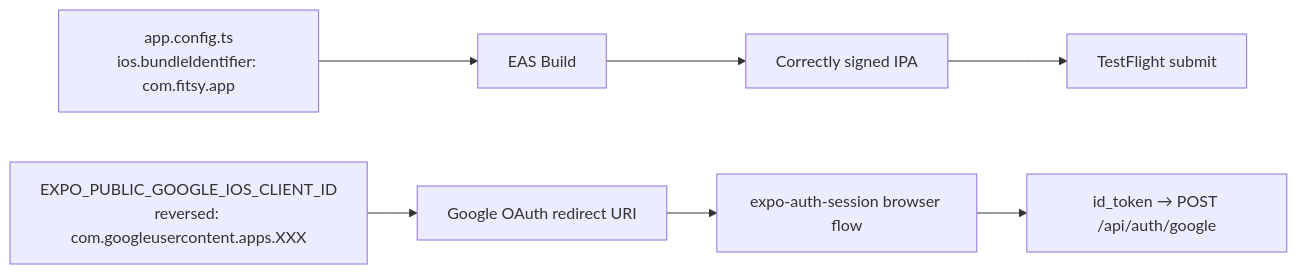
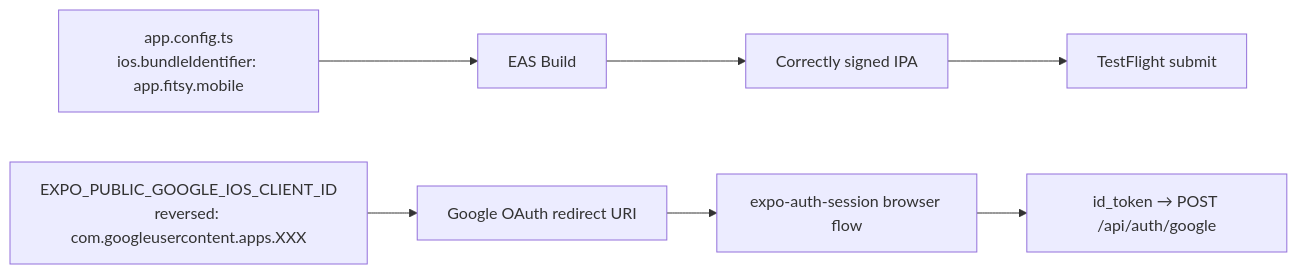
One commit to dgmolla/fitsy changed the diagram in docs/engineering/frontend/s-104-ios-bundle-id-google-services.md. Above: the diagram before and after it, drawn with Mermaid. The commit also changed other lines of this file and 10 other files, not shown here.

````diff
--- a/docs/engineering/frontend/s-104-ios-bundle-id-google-services.md
+++ b/docs/engineering/frontend/s-104-ios-bundle-id-google-services.md
@@ -40,10 +40,10 @@
 ```mermaid
 graph LR
-    A[app.config.ts<br/>ios.bundleIdentifier: com.fitsy.app] --> B[EAS Build]
+    A[app.config.ts<br/>ios.bundleIdentifier: app.fitsy.mobile] --> B[EAS Build]
     B --> C[Correctly signed IPA]
     C --> D[TestFlight submit]
 
     E[EXPO_PUBLIC_GOOGLE_IOS_CLIENT_ID<br/>reversed: com.googleusercontent.apps.XXX] --> F[Google OAuth redirect URI]
     F --> G[expo-auth-session browser flow]
     G --> H[id_token → POST /api/auth/google]
 ```
````
